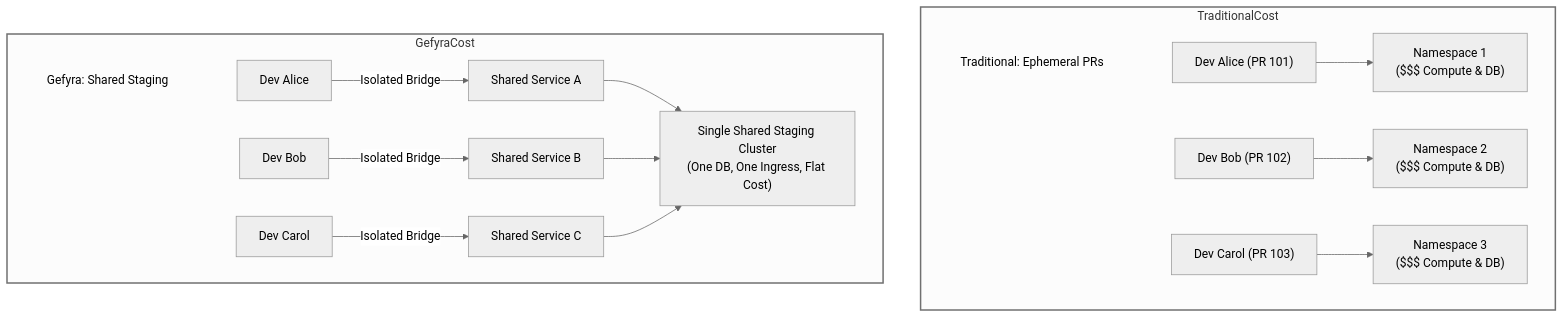
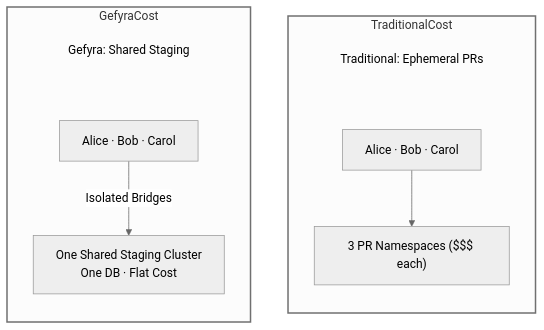
Before and after one commit to gefyrahq/gefyra: the diagram in gefyra-docs/content/en/4.team-and-enterprise/3.ci-cost-reduction.md, drawn with Mermaid (neutral theme). The commit also changed 13 other files, not shown here.

First line of the commit message:
feat: enable expand functionality in Nuxt config and update Mermaid styles (#1565)

````diff
--- a/gefyra-docs/content/en/4.team-and-enterprise/3.ci-cost-reduction.md
+++ b/gefyra-docs/content/en/4.team-and-enterprise/3.ci-cost-reduction.md
@@ -19,26 +19,21 @@
 ```mermaid
-flowchart TD
+flowchart TB
     subgraph TraditionalCost
-        direction LR
-        TradTitle[["Traditional: Ephemeral PRs"]] ~~~ Dev1["Dev Alice (PR 101)"]
-        Dev1 --> Cloud1["Namespace 1<br/>($$$ Compute & DB)"]
-        Dev2["Dev Bob (PR 102)"] --> Cloud2["Namespace 2<br/>($$$ Compute & DB)"]
-        Dev3["Dev Carol (PR 103)"] --> Cloud3["Namespace 3<br/>($$$ Compute & DB)"]
+        direction TB
+        TradTitle[["Traditional: Ephemeral PRs"]] ~~~ Devs["Alice · Bob · Carol"]
+        Devs --> NSs["3 PR Namespaces ($$$ each)"]
     end
 
     subgraph GefyraCost
-        direction LR
-        GefyraTitle[["Gefyra: Shared Staging"]] ~~~ DevA["Dev Alice"]
-        DevA -->|Isolated Bridge| S1["Shared Service A"]
-        DevB["Dev Bob"] -->|Isolated Bridge| S2["Shared Service B"]
-        DevC["Dev Carol"] -->|Isolated Bridge| S3["Shared Service C"]
-        S1 & S2 & S3 --> StagingCluster["Single Shared Staging Cluster<br/>(One DB, One Ingress, Flat Cost)"]
+        direction TB
+        GefyraTitle[["Gefyra: Shared Staging"]] ~~~ Team["Alice · Bob · Carol"]
+        Team -->|Isolated Bridges| Staging["One Shared Staging Cluster<br/>One DB · Flat Cost"]
     end
 
     classDef groupTitle fill:transparent,stroke:none;
     classDef trad stroke-width:2px;
     classDef gefyra stroke-width:2px;
     class TradTitle,GefyraTitle groupTitle;
     class TraditionalCost trad;
     class GefyraCost gefyra;
 ```
````
